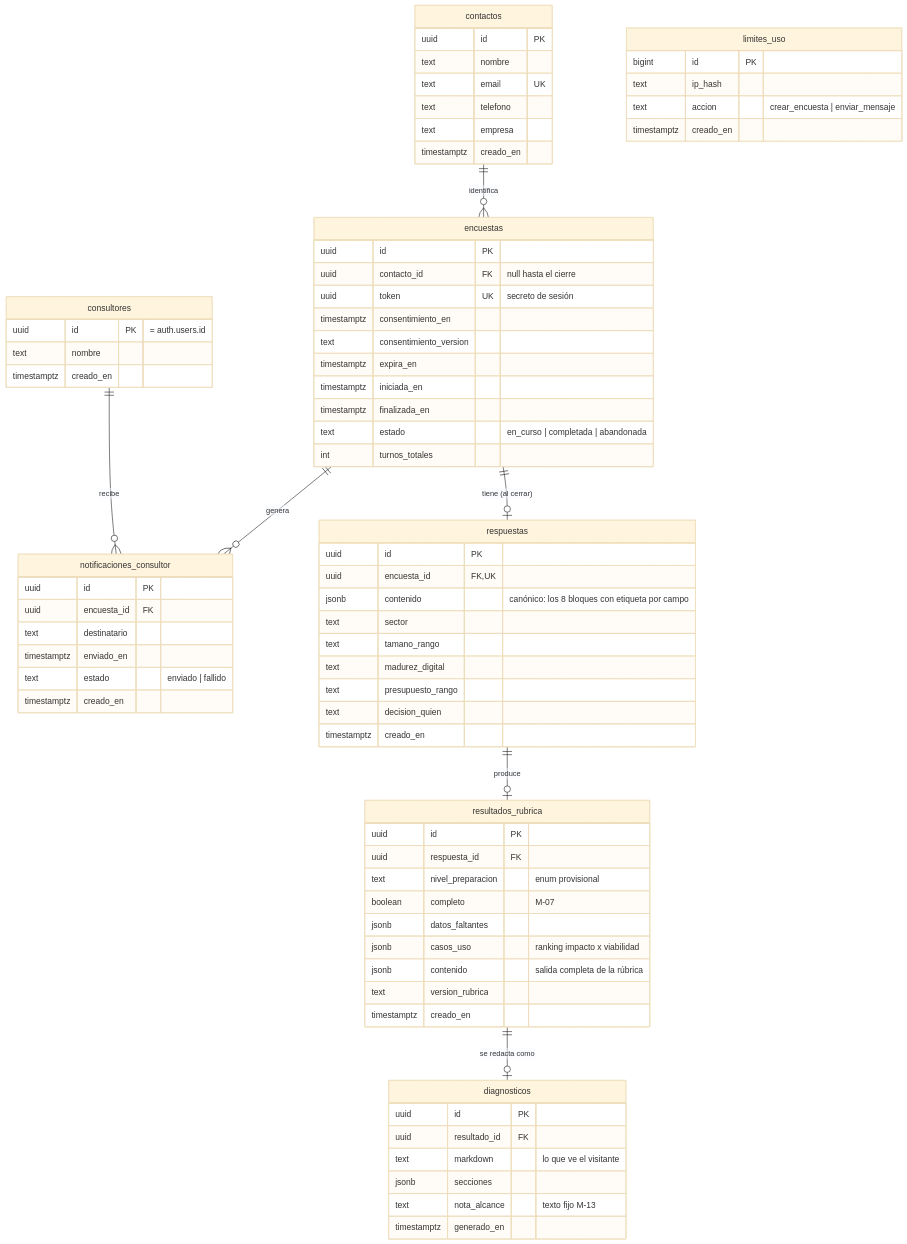
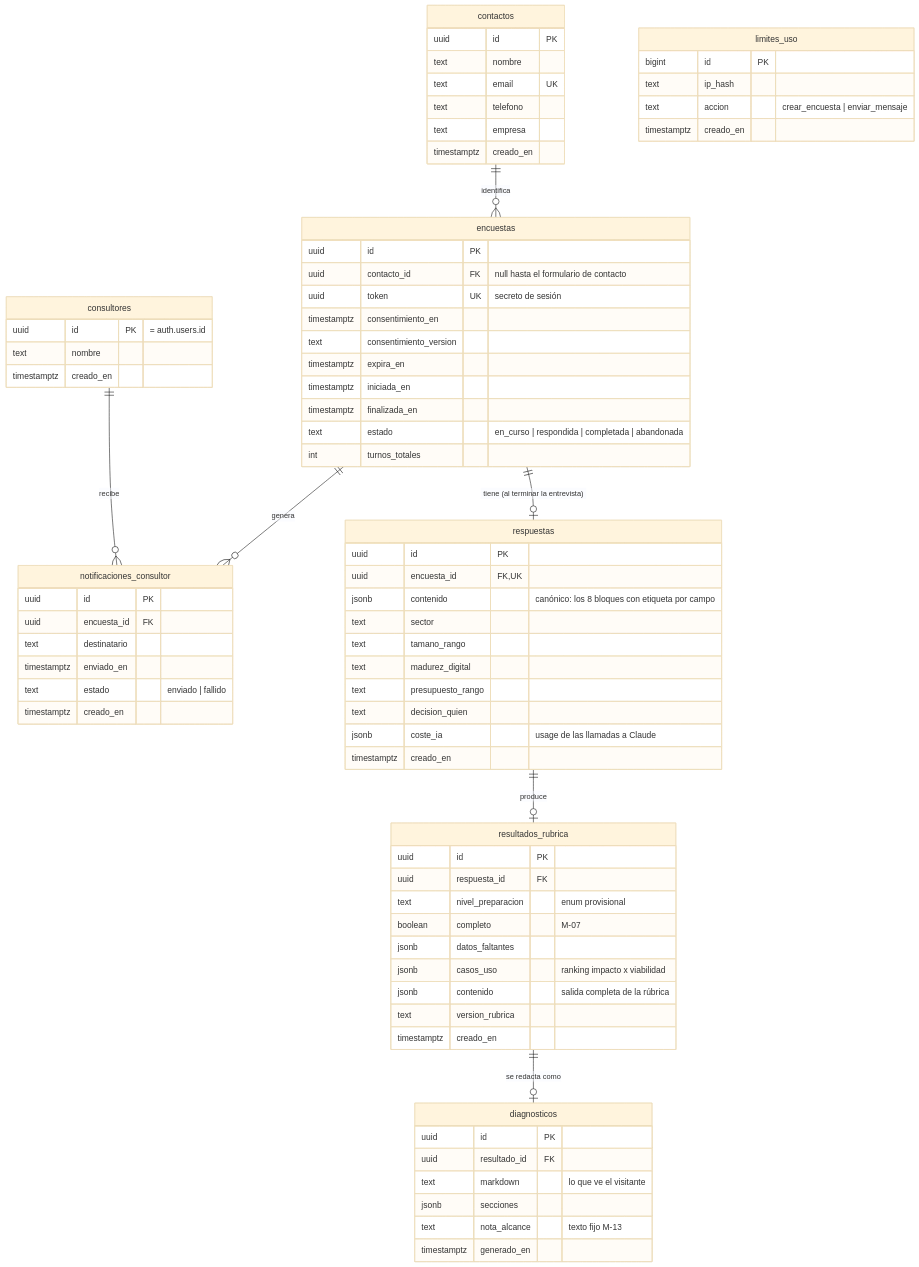
One commit to PuenteDigitalEu/ENCUESTA-PUENTE-DIGITAL changed the diagram in docs/data-model.md. Above: the diagram before and after it, drawn with Mermaid (base theme). The commit also changed other lines of this file and 9 other files, not shown here.

````diff
--- a/docs/data-model.md
+++ b/docs/data-model.md
@@ -23,79 +23,80 @@
 ```mermaid
 erDiagram
   consultores ||--o{ notificaciones_consultor : "recibe"
   contactos   ||--o{ encuestas : "identifica"
-  encuestas   ||--o| respuestas : "tiene (al cerrar)"
+  encuestas   ||--o| respuestas : "tiene (al terminar la entrevista)"
   encuestas   ||--o{ notificaciones_consultor : "genera"
   respuestas  ||--o| resultados_rubrica : "produce"
   resultados_rubrica ||--o| diagnosticos : "se redacta como"
 
   consultores {
     uuid id PK "= auth.users.id"
     text nombre
     timestamptz creado_en
   }
   contactos {
     uuid id PK
     text nombre
     text email UK
     text telefono
     text empresa
     timestamptz creado_en
   }
   encuestas {
     uuid id PK
-    uuid contacto_id FK "null hasta el cierre"
+    uuid contacto_id FK "null hasta el formulario de contacto"
     uuid token UK "secreto de sesión"
     timestamptz consentimiento_en
     text consentimiento_version
     timestamptz expira_en
     timestamptz iniciada_en
     timestamptz finalizada_en
-    text estado "en_curso | completada | abandonada"
+    text estado "en_curso | respondida | completada | abandonada"
     int turnos_totales
   }
   respuestas {
     uuid id PK
     uuid encuesta_id FK,UK
     jsonb contenido "canónico: los 8 bloques con etiqueta por campo"
     text sector
     text tamano_rango
     text madurez_digital
     text presupuesto_rango
     text decision_quien
+    jsonb coste_ia "usage de las llamadas a Claude"
     timestamptz creado_en
   }
   resultados_rubrica {
     uuid id PK
     uuid respuesta_id FK
     text nivel_preparacion "enum provisional"
     boolean completo "M-07"
     jsonb datos_faltantes
     jsonb casos_uso "ranking impacto x viabilidad"
     jsonb contenido "salida completa de la rúbrica"
     text version_rubrica
     timestamptz creado_en
   }
   diagnosticos {
     uuid id PK
     uuid resultado_id FK
     text markdown "lo que ve el visitante"
     jsonb secciones
     text nota_alcance "texto fijo M-13"
     timestamptz generado_en
   }
   notificaciones_consultor {
     uuid id PK
     uuid encuesta_id FK
     text destinatario
     timestamptz enviado_en
     text estado "enviado | fallido"
     timestamptz creado_en
   }
   limites_uso {
     bigint id PK
     text ip_hash
     text accion "crear_encuesta | enviar_mensaje"
     timestamptz creado_en
   }
 ```
````
